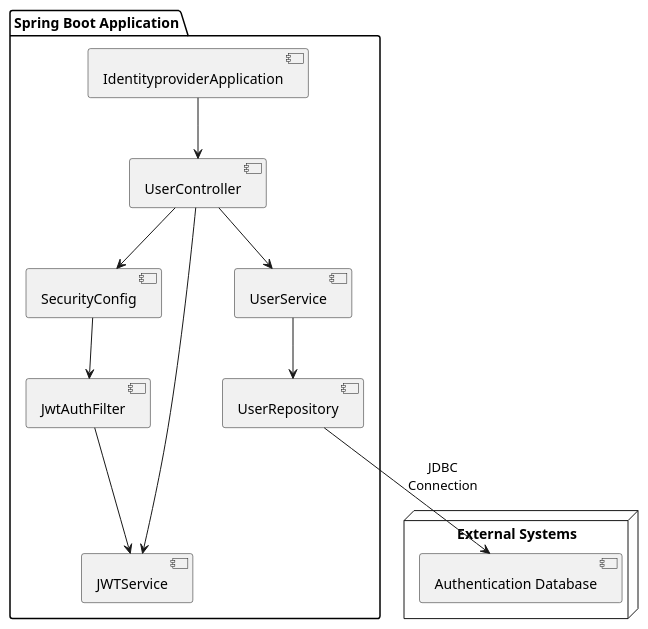
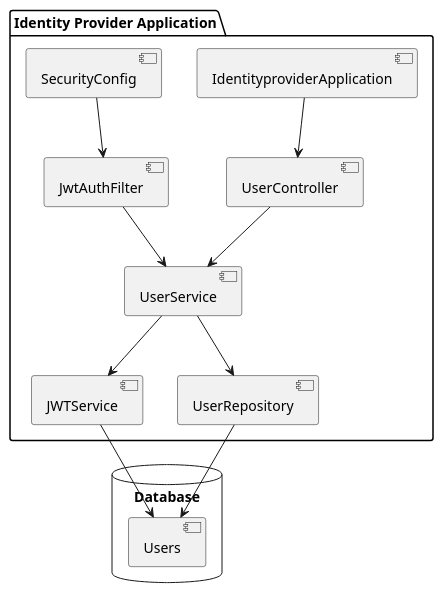
Before and after one commit to Dinesh-s95/AutoDoc.ai: the diagram in identityprovider/documentation/architecturedesign.adoc, drawn with PlantUML. The commit also changed other lines of this file and 15 other files, not shown here.

```diff
--- a/identityprovider/documentation/architecturedesign.adoc
+++ b/identityprovider/documentation/architecturedesign.adoc
@@ -9,28 +9,28 @@
-[plantuml, diagram-architecture, png]
+[plantuml, "system-architecture", png]
 ----
 @startuml
-package "Spring Boot Application" {
-    component [IdentityproviderApplication] as App
-    component [UserController] as UC
-    component [SecurityConfig] as SC
-    component [JwtAuthFilter] as JF
-    component [JWTService] as JS
-    component [UserService] as US
-    database [UserRepository] as UR
-
-    App --> UC
-    UC --> SC
-    SC --> JF
-    JF --> JS
-    UC --> JS
-    UC --> US
-    US --> UR
+package "Identity Provider Application" {
+    [IdentityproviderApplication] as app
+    [UserController] as controller
+    [UserService] as service
+    [JWTService] as jwt
+    [UserRepository] as repo
+    [SecurityConfig] as security
+    [JwtAuthFilter] as filter
 }
 
-node "External Systems" {
-    [Authentication Database] as AuthDB
+database "Database" {
+    [Users]
 }
 
-UR --> AuthDB : "JDBC\nConnection"
+app --> controller
+controller --> service
+service --> jwt
+service --> repo
+repo --> [Users]
+jwt --> [Users]
+security --> filter
+filter --> service
+
 @enduml
 ----
```
